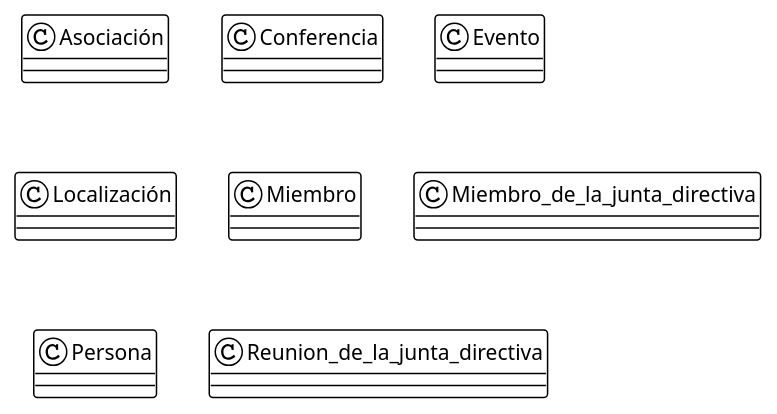
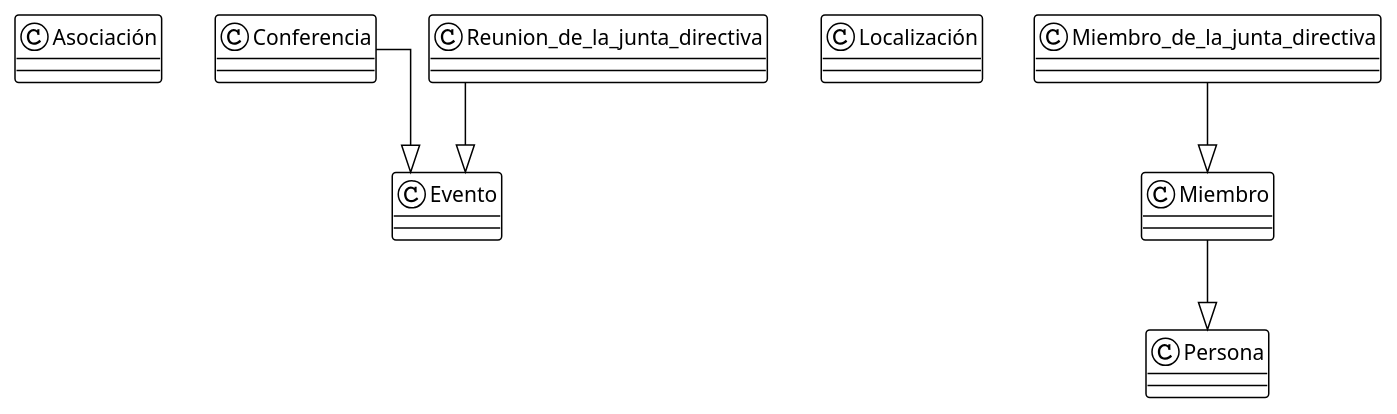
The diagram in src/IvanUML.puml (Ivandorum/UMLClasesIvan), drawn with PlantUML before and after one commit. The commit also changed 1 other file, not shown here.

Commit message:
Creadas las jerarquias de Evento y de los miembros

```diff
--- a/src/IvanUML.puml
+++ b/src/IvanUML.puml
@@ -1,20 +1,24 @@
 @startuml
 
 !theme plain
 top to bottom direction
 skinparam linetype ortho
 
 class Asociación
 class Conferencia
 class Evento
 class Localización
 class Miembro
 class Miembro_de_la_junta_directiva
 class Persona
 class Reunion_de_la_junta_directiva
 
+Conferencia                    --^  Evento
+Reunion_de_la_junta_directiva  --^  Evento
 
+Miembro                        --^  Persona
+Miembro_de_la_junta_directiva  --^  Miembro
 
 
 
 @enduml
```
